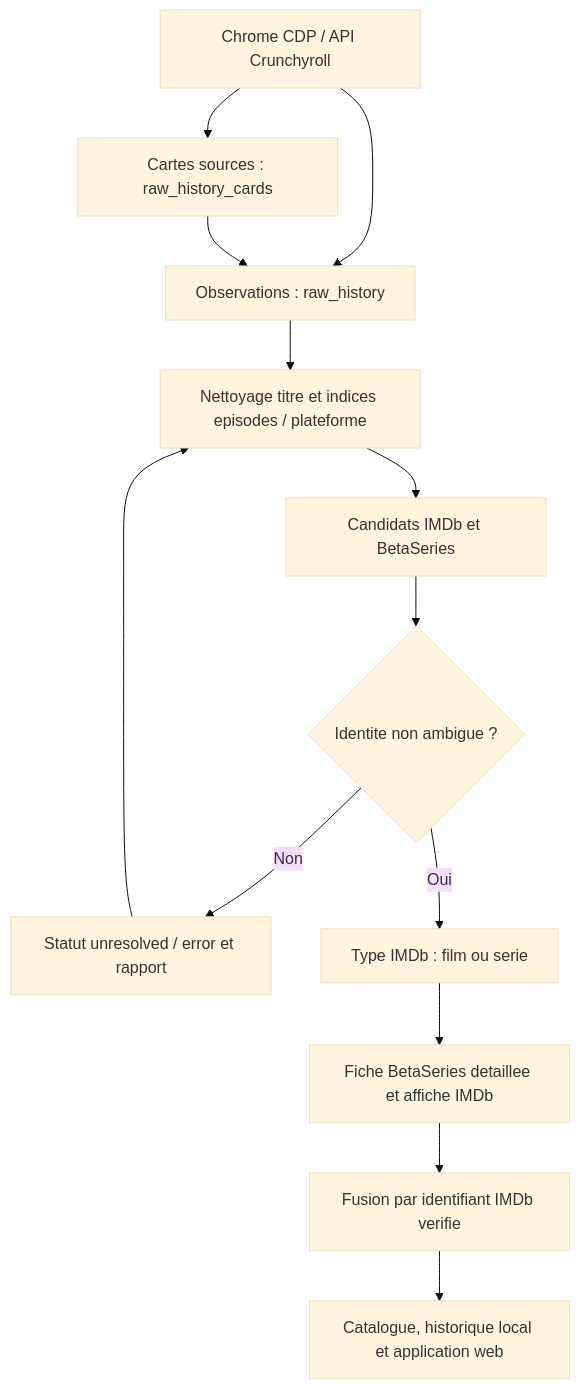
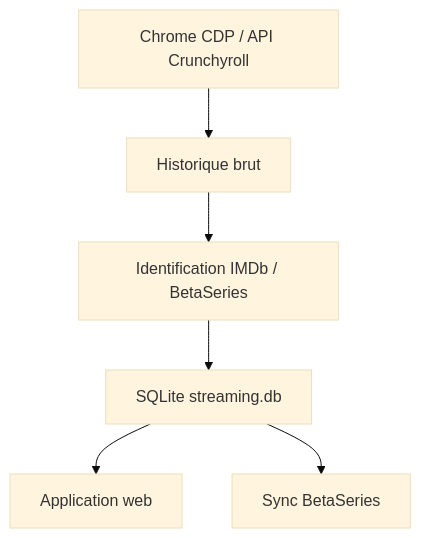
Before and after one commit to BashLover76/rpa_streaming: the diagram in README.md, drawn with Mermaid (base theme). The commit also changed other lines of this file and 21 other files, not shown here.

````diff
--- a/README.md
+++ b/README.md
@@ -10,15 +7,8 @@
 ```mermaid
 flowchart TD
-    A[Chrome CDP / API Crunchyroll] --> B[Cartes sources : raw_history_cards]
-    A --> C[Observations : raw_history]
-    B --> C
-    C --> D[Nettoyage titre et indices episodes / plateforme]
-    D --> E[Candidats IMDb et BetaSeries]
-    E --> F{Identite non ambigue ?}
-    F -- Non --> G[Statut unresolved / error et rapport]
-    F -- Oui --> H[Type IMDb : film ou serie]
-    H --> I[Fiche BetaSeries detaillee et affiche IMDb]
-    I --> J[Fusion par identifiant IMDb verifie]
-    J --> K[Catalogue, historique local et application web]
-    G --> D
+    A[Chrome CDP / API Crunchyroll] --> B[Historique brut]
+    B --> C[Identification IMDb / BetaSeries]
+    C --> D[SQLite streaming.db]
+    D --> E[Application web]
+    D --> F[Sync BetaSeries]
 ```
````
